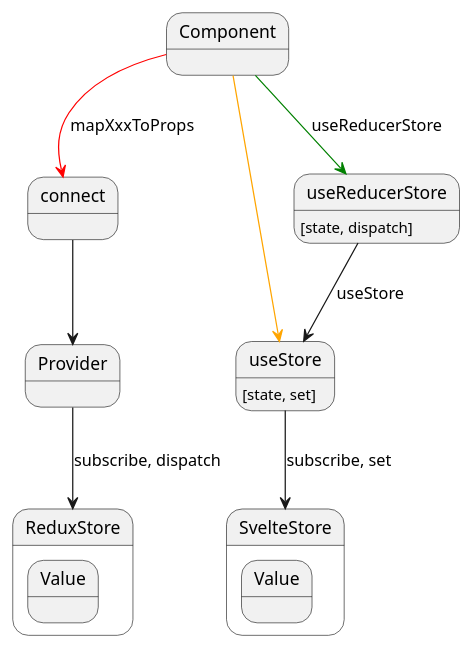
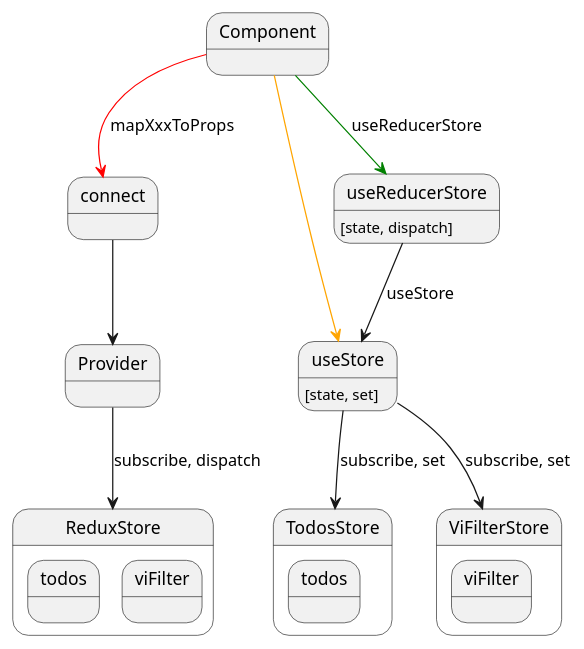
Before and after one commit to cristovao-trevisan/react-todo-redux-vs-svelte: the diagram in docs/redux-to-svelte.plantuml, drawn with PlantUML.

Commit message:
Update redux-to-svelte diagram

```diff
--- a/docs/redux-to-svelte.plantuml
+++ b/docs/redux-to-svelte.plantuml
@@ -1,28 +1,33 @@
 @startuml
 
 state ReduxStore {
-  state "Value" as ReduxValue
+  state "todos" as ReduxValue1
+  state "viFilter" as ReduxValue2
 }
 state connect
 state Provider
 
-state SvelteStore {
-  state "Value" as SvelteValue
+state TodosStore {
+  state "todos" as SvelteValue1
+}
+state ViFilterStore {
+  state "viFilter" as SvelteValue2
 }
 state useStore
 useStore: [state, set]
 state useReducerStore
 useReducerStore: [state, dispatch]
 
 state Component
 ' Redux path
 Component -[#red]-> connect: mapXxxToProps
 connect --> Provider
 Provider --> ReduxStore: subscribe, dispatch
 
 ' Svelte path
 Component -[#orange]-> useStore
 Component -[#green]-> useReducerStore: useReducerStore
 useReducerStore --> useStore: useStore
-useStore --> SvelteStore: subscribe, set
+useStore --> TodosStore: subscribe, set
+useStore --> ViFilterStore: subscribe, set
 @enduml
```
